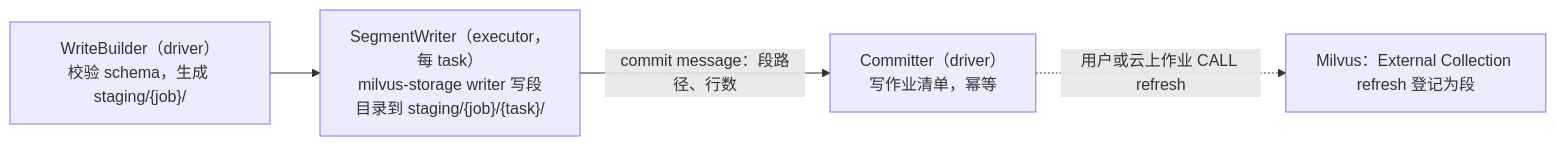
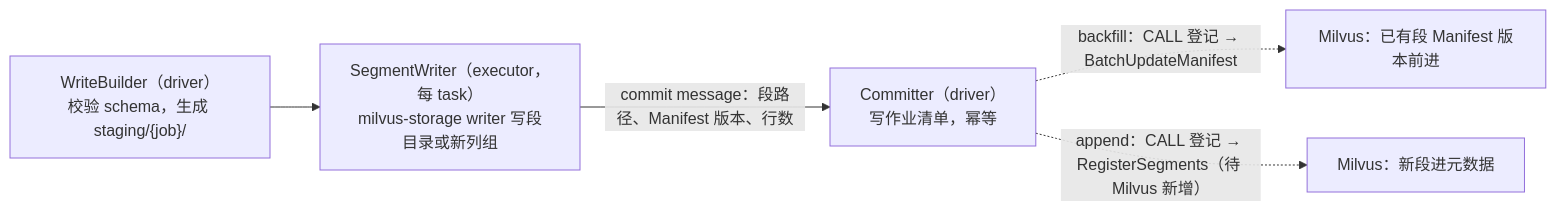
One commit to zilliztech/spark-milvus changed the third of 3 diagrams in docs/design/README.md. Above: the diagram before and after it, drawn with Mermaid. The commit also changed other lines of this file, not shown here.

Commit message:
docs(design): registration path per Milvus master: BatchUpdateManifest for backfill, new RPC needed for append

````diff
--- a/docs/design/README.md
+++ b/docs/design/README.md
@@ -103,6 +103,7 @@
 ```mermaid
 flowchart LR
-  W["WriteBuilder（driver）<br/>校验 schema，生成 staging/{job}/"] --> SW["SegmentWriter（executor，每 task）<br/>milvus-storage writer 写段目录到 staging/{job}/{task}/"]
-  SW -- "commit message：段路径、行数" --> CM["Committer（driver）<br/>写作业清单，幂等"]
-  CM -. "用户或云上作业 CALL refresh" .-> M["Milvus：External Collection refresh 登记为段"]
+  W["WriteBuilder（driver）<br/>校验 schema，生成 staging/{job}/"] --> SW["SegmentWriter（executor，每 task）<br/>milvus-storage writer 写段目录或新列组"]
+  SW -- "commit message：段路径、Manifest 版本、行数" --> CM["Committer（driver）<br/>写作业清单，幂等"]
+  CM -. "backfill：CALL 登记 → BatchUpdateManifest" .-> M1["Milvus：已有段 Manifest 版本前进"]
+  CM -. "append：CALL 登记 → RegisterSegments（待 Milvus 新增）" .-> M2["Milvus：新段进元数据"]
 ```
````
